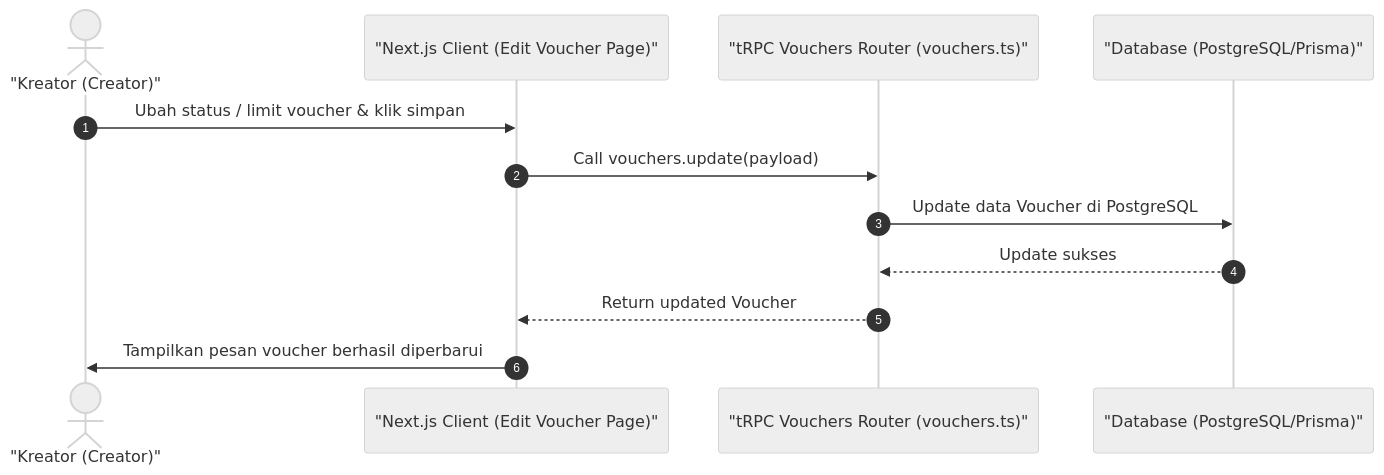
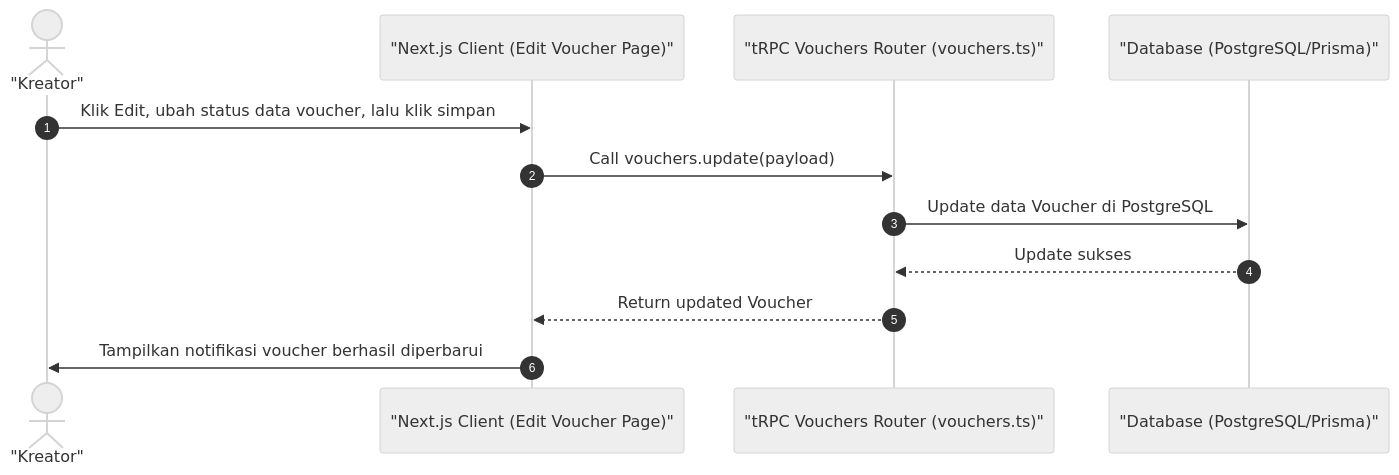
Before and after one commit to luputer/CuanIN: the diagram in docs/32-creator-voucher-edit.md, drawn with Mermaid (neutral theme). The commit also changed 53 other files, not shown here.

````diff
--- a/docs/32-creator-voucher-edit.md
+++ b/docs/32-creator-voucher-edit.md
@@ -5,16 +5,16 @@
 ```mermaid
 sequenceDiagram
     autonumber
-    actor Creator as "Kreator (Creator)"
+    actor Creator as "Kreator"
     participant Client as "Next.js Client (Edit Voucher Page)"
     participant Server as "tRPC Vouchers Router (vouchers.ts)"
     participant DB as "Database (PostgreSQL/Prisma)"
 
-    Creator->>Client: Ubah status / limit voucher & klik simpan
+    Creator->>Client: Klik Edit, ubah status data voucher, lalu klik simpan
     Client->>Server: Call vouchers.update(payload)
     Server->>DB: Update data Voucher di PostgreSQL
     DB-->>Server: Update sukses
     Server-->>Client: Return updated Voucher
-    Client->>Creator: Tampilkan pesan voucher berhasil diperbarui
+    Client->>Creator: Tampilkan notifikasi voucher berhasil diperbarui
 
 ```
````
